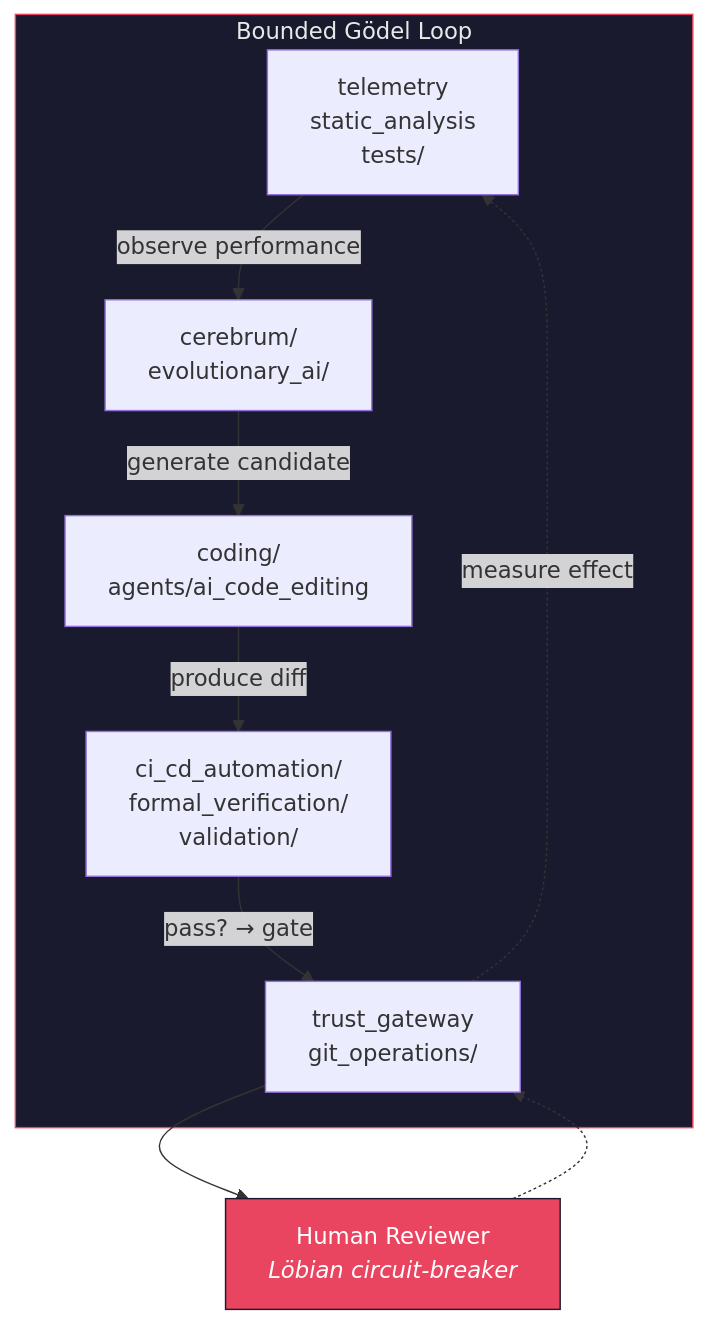
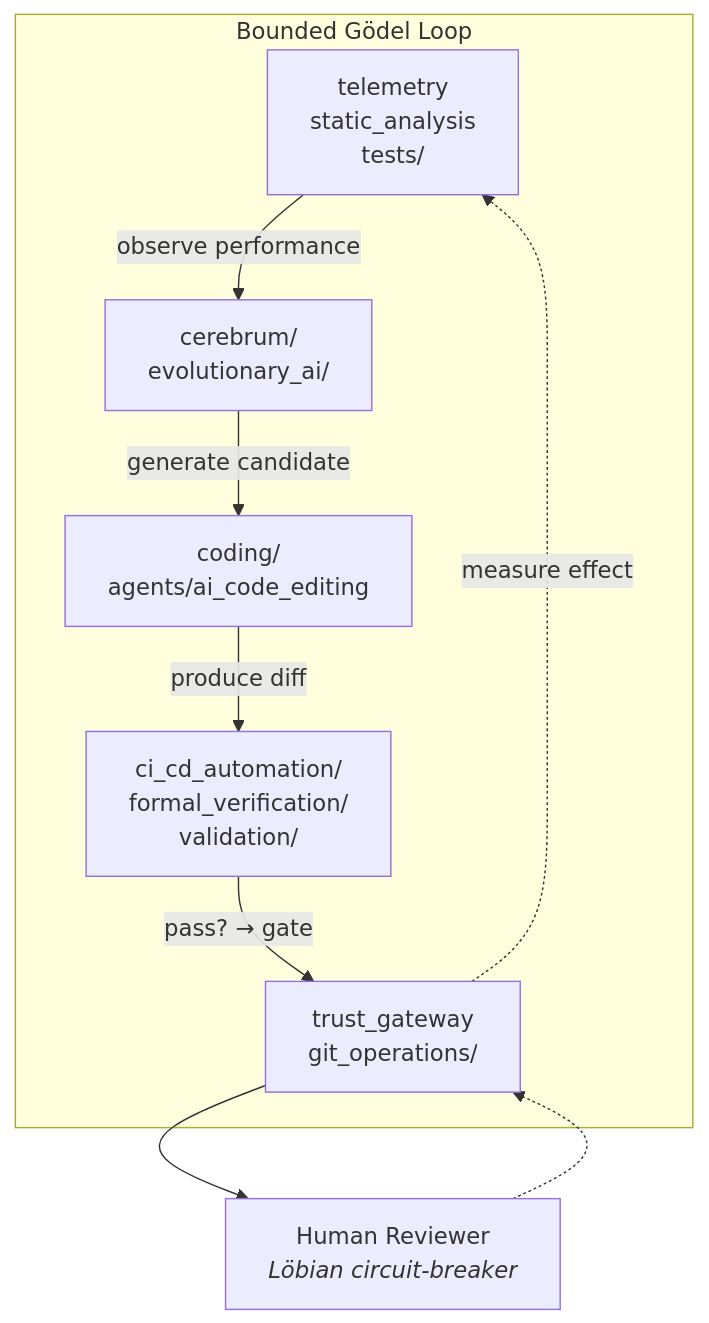
One commit to docxology/codomyrmex changed the second of 2 diagrams in docs/agi/scaffolding.md. Above: the diagram before and after it, drawn with Mermaid. The commit also changed other lines of this file and 86 other files, not shown here.

````diff
--- a/docs/agi/scaffolding.md
+++ b/docs/agi/scaffolding.md
@@ -99,23 +96,20 @@
 ```mermaid
 graph TB
     subgraph GODEL["Bounded Gödel Loop"]
         OBSERVE["telemetry<br/>static_analysis<br/>tests/"]
         SEARCH["cerebrum/<br/>evolutionary_ai/"]
         MODIFY["coding/<br/>agents/ai_code_editing"]
         VERIFY["ci_cd_automation/<br/>formal_verification/<br/>validation/"]
         DEPLOY["trust_gateway<br/>git_operations/"]
     end
 
     OBSERVE -->|"observe performance"| SEARCH
     SEARCH -->|"generate candidate"| MODIFY
     MODIFY -->|"produce diff"| VERIFY
     VERIFY -->|"pass? → gate"| DEPLOY
     DEPLOY -.->|"measure effect"| OBSERVE
 
     HUMAN["Human Reviewer<br/><i>Löbian circuit-breaker</i>"]
     DEPLOY --> HUMAN
     HUMAN -.-> DEPLOY
-
-    style GODEL fill:#1a1a2e,stroke:#e94560,color:#e8e8e8
-    style HUMAN fill:#e94560,stroke:#1a1a2e,color:#fff
 ```
````
